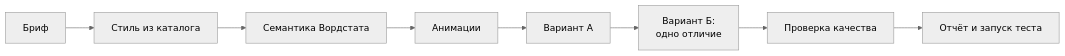
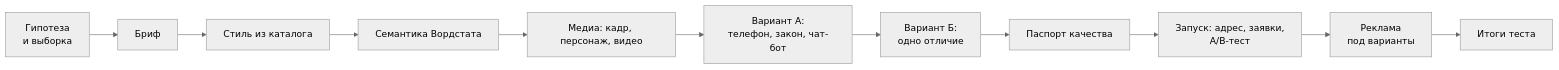
One commit to vibemarketologru/vibe-landing-kit changed the diagram in README.md. Above: the diagram before and after it, drawn with Mermaid (neutral theme). The commit also changed other lines of this file and 254 other files, not shown here.

First line of the commit message:
Vibe Landing Kit 1.2.0: 12 навыков, 29 стилей, 26 анимаций, телефон, закон, чат-бот

````diff
--- a/README.md
+++ b/README.md
@@ -35,10 +36,13 @@
 ```mermaid
 flowchart LR
-  A[Бриф] --> B[Стиль из каталога]
+  Z[Гипотеза<br/>и выборка] --> A[Бриф]
+  A --> B[Стиль из каталога]
   B --> C[Семантика Вордстата]
-  C --> D[Анимации]
-  D --> E[Вариант А]
+  C --> D[Медиа: кадр, персонаж, видео]
+  D --> E[Вариант А:<br/>телефон, закон, чат-бот]
   E --> F[Вариант Б:<br/>одно отличие]
-  F --> G[Проверка качества]
-  G --> H[Отчёт и запуск теста]
+  F --> G[Паспорт качества]
+  G --> H[Запуск: адрес, заявки,<br/>A/B-тест]
+  H --> R[Реклама<br/>под варианты]
+  R --> I[Итоги теста]
 ```
````
